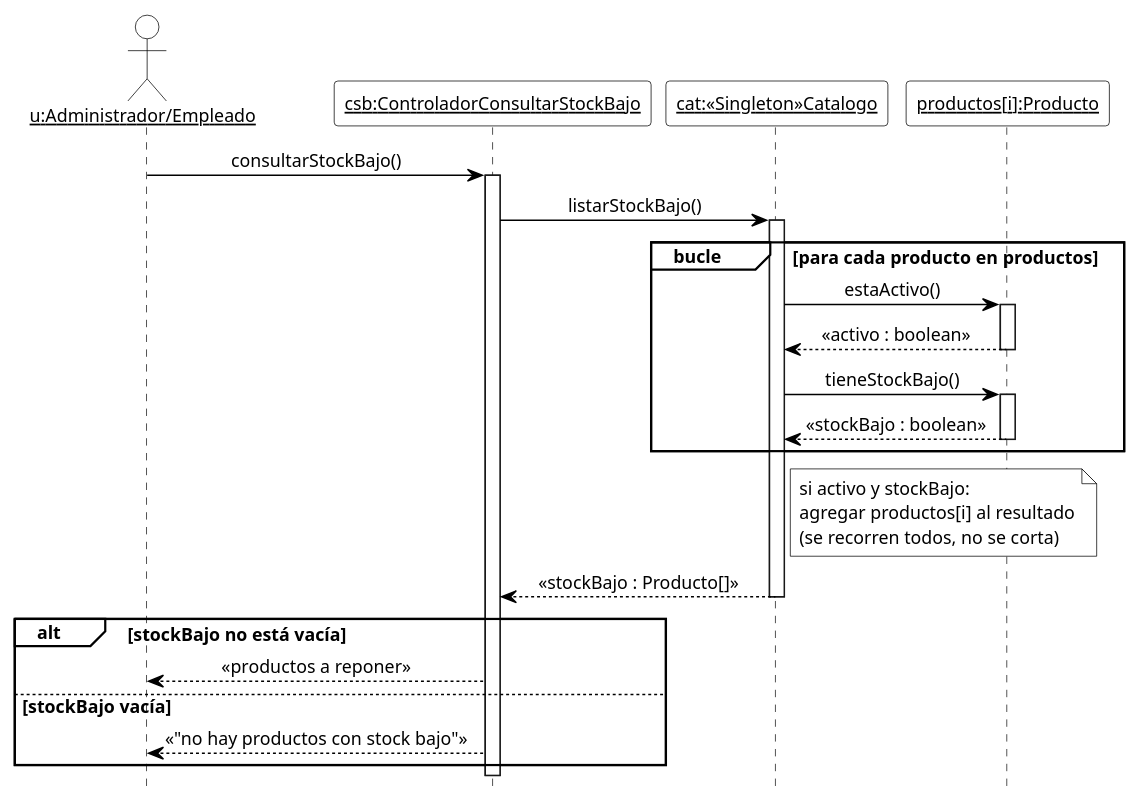
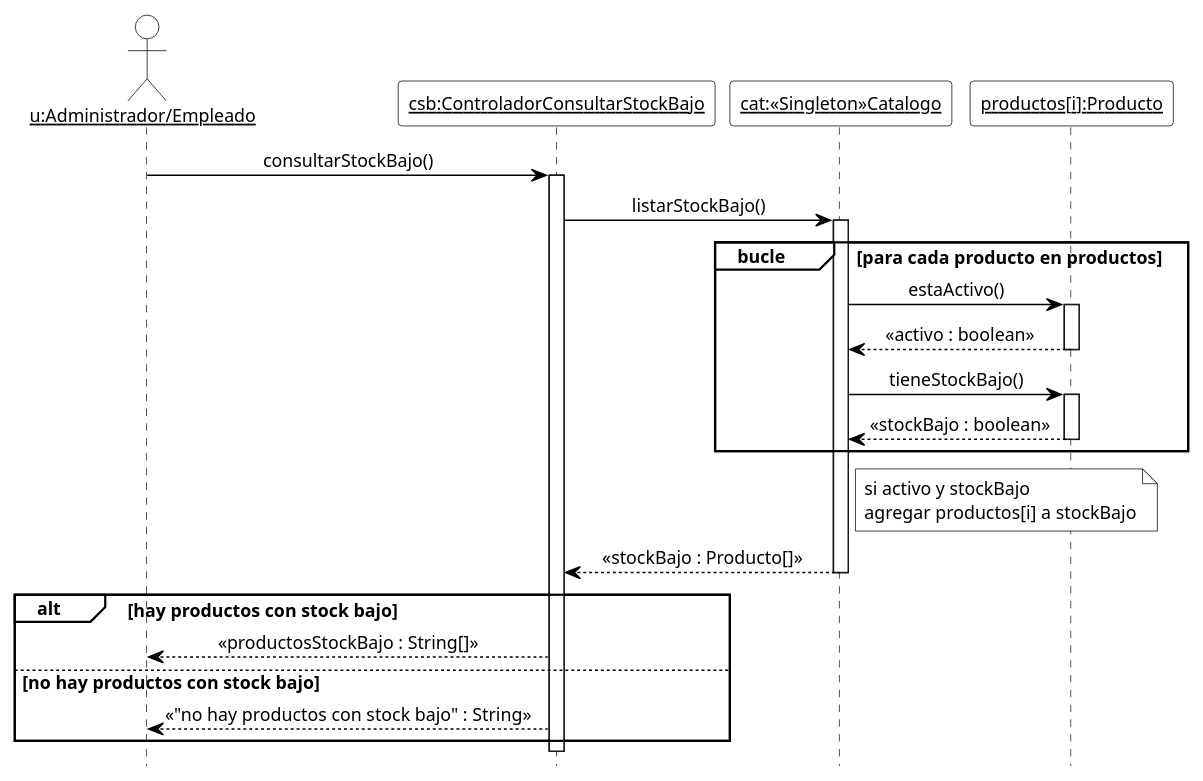
One commit to cirotop/Stock-Project changed the diagram in 08-Diagrama De Secuencia/DSD_CU-08_consultarStockBajo.puml. Above: the diagram before and after it, drawn with PlantUML. The commit also changed 22 other files, not shown here.

```diff
--- a/08-Diagrama De Secuencia/DSD_CU-08_consultarStockBajo.puml
+++ b/08-Diagrama De Secuencia/DSD_CU-08_consultarStockBajo.puml
@@ -1,50 +1,49 @@
 @startuml DSD_CU-08_consultarStockBajo
 ' Diagrama de Secuencia de Diseño (DSD) - CU-08 Consultar productos con stock bajo - consultarStockBajo
 ' Estilo de los ejemplos de la teoría (introducirArticulo / crearNuevaVenta).
 hide footbox
 skinparam shadowing false
 skinparam defaultFontName Arial
 skinparam defaultFontSize 12
 skinparam sequenceMessageAlign center
 skinparam ArrowColor black
 skinparam ParticipantBackgroundColor white
 skinparam ParticipantBorderColor black
 skinparam CollectionsBackgroundColor white
 skinparam CollectionsBorderColor black
 skinparam ActorBackgroundColor white
 skinparam ActorBorderColor black
 skinparam LifeLineBorderColor black
 skinparam LifeLineBackgroundColor white
 skinparam SequenceGroupBackgroundColor white
 skinparam SequenceGroupBorderColor black
 skinparam SequenceGroupHeaderFontColor black
 skinparam NoteBackgroundColor white
 skinparam NoteBorderColor black
 
 actor "<u>u:Administrador/Empleado</u>" as u
 participant "<u>csb:ControladorConsultarStockBajo</u>" as csb
 participant "<u>cat:«Singleton»Catalogo</u>" as cat
 participant "<u>productos[i]:Producto</u>" as pi
 
 u -> csb ++ : consultarStockBajo()
 csb -> cat ++ : listarStockBajo()
 group bucle [para cada producto en productos]
   cat -> pi ++ : estaActivo()
   pi --> cat -- : «activo : boolean»
   cat -> pi ++ : tieneStockBajo()
   pi --> cat -- : «stockBajo : boolean»
 end
 note right of cat
-  si activo y stockBajo:
-  agregar productos[i] al resultado
-  (se recorren todos, no se corta)
+  si activo y stockBajo
+  agregar productos[i] a stockBajo
 end note
 cat --> csb -- : «stockBajo : Producto[]»
-alt stockBajo no está vacía
-  csb --> u : «productos a reponer»
-else stockBajo vacía
-  csb --> u : «"no hay productos con stock bajo"»
+alt hay productos con stock bajo
+  csb --> u : «productosStockBajo : String[]»
+else no hay productos con stock bajo
+  csb --> u : «"no hay productos con stock bajo" : String»
 end
 deactivate csb
 
 @enduml
```
